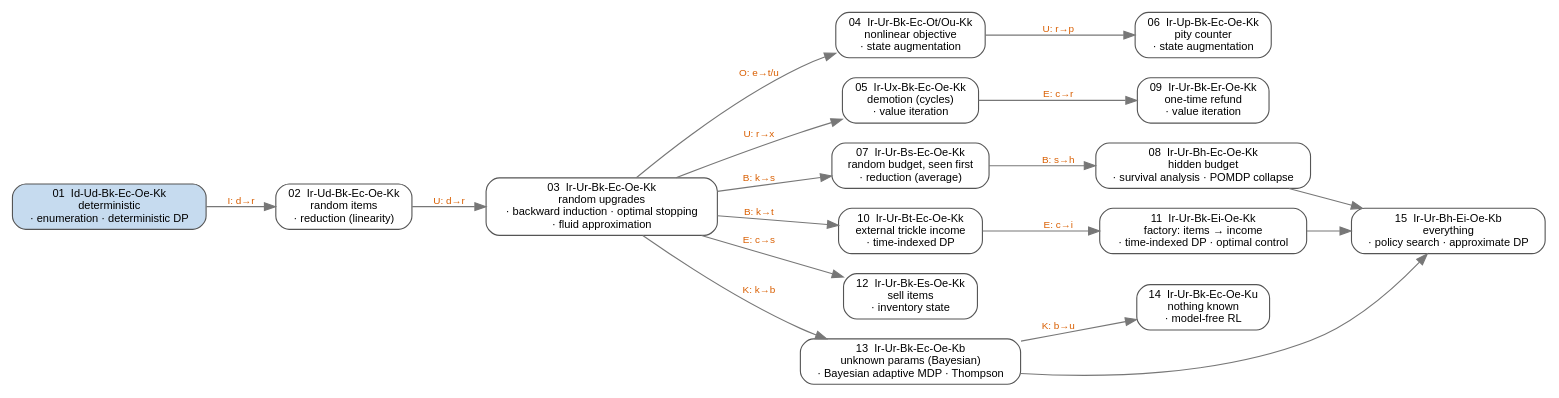
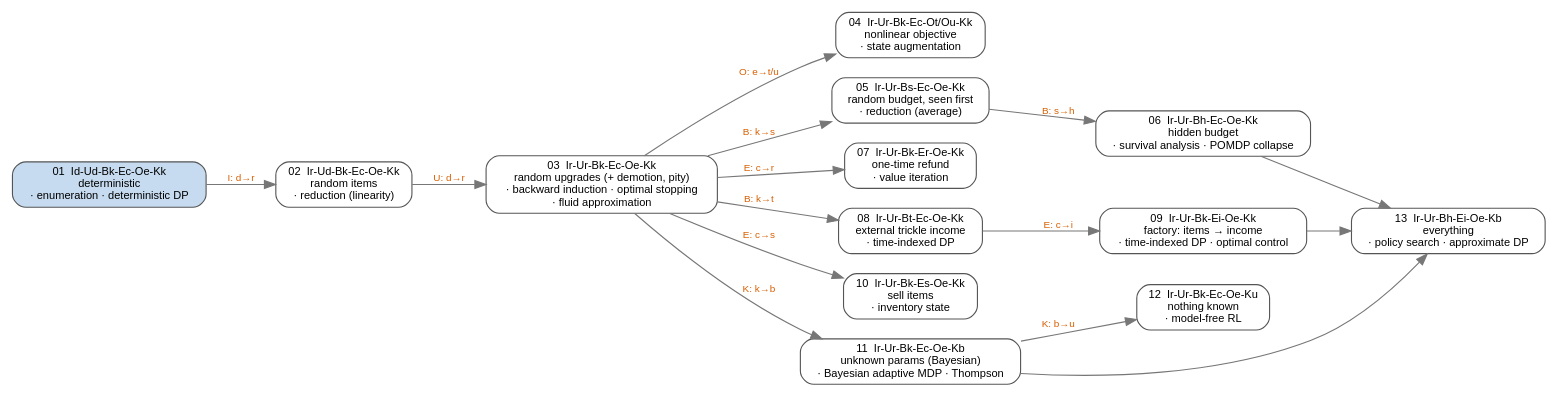
One commit to ssarkar2/notes changed the diagram in probability/sequential_decision_making_under_uncertainty/figures/ladder_map.dot. Above: the diagram before and after it, drawn with Graphviz. The commit also changed 13 other files, not shown here.

```diff
--- a/probability/sequential_decision_making_under_uncertainty/figures/ladder_map.dot
+++ b/probability/sequential_decision_making_under_uncertainty/figures/ladder_map.dot
@@ -1,40 +1,36 @@
 // Ladder of problems: each edge = one axis loosened. Filled = built, white = planned.
 // Build: ./build.sh
 digraph ladder {
   rankdir=LR;
   graph [fontname="Helvetica", fontsize=11, nodesep=0.25, ranksep=0.5, bgcolor="white"];
   node  [shape=box, style="rounded,filled", fontname="Helvetica", fontsize=10, fillcolor="white", color="#555555"];
   edge  [fontname="Helvetica", fontsize=9, color="#777777", fontcolor="#d95f02"];
 
   // fillcolor "#c6dbef" = built
   p01 [label="01  Id-Ud-Bk-Ec-Oe-Kk\ndeterministic\n· enumeration · deterministic DP", fillcolor="#c6dbef"];
   p02 [label="02  Ir-Ud-Bk-Ec-Oe-Kk\nrandom items\n· reduction (linearity)"];
-  p03 [label="03  Ir-Ur-Bk-Ec-Oe-Kk\nrandom upgrades\n· backward induction · optimal stopping\n· fluid approximation"];
+  p03 [label="03  Ir-Ur-Bk-Ec-Oe-Kk\nrandom upgrades (+ demotion, pity)\n· backward induction · optimal stopping\n· fluid approximation"];
   p04 [label="04  Ir-Ur-Bk-Ec-Ot/Ou-Kk\nnonlinear objective\n· state augmentation"];
-  p05 [label="05  Ir-Ux-Bk-Ec-Oe-Kk\ndemotion (cycles)\n· value iteration"];
-  p06 [label="06  Ir-Up-Bk-Ec-Oe-Kk\npity counter\n· state augmentation"];
-  p07 [label="07  Ir-Ur-Bs-Ec-Oe-Kk\nrandom budget, seen first\n· reduction (average)"];
-  p08 [label="08  Ir-Ur-Bh-Ec-Oe-Kk\nhidden budget\n· survival analysis · POMDP collapse"];
-  p09 [label="09  Ir-Ur-Bk-Er-Oe-Kk\none-time refund\n· value iteration"];
-  p10 [label="10  Ir-Ur-Bt-Ec-Oe-Kk\nexternal trickle income\n· time-indexed DP"];
-  p11 [label="11  Ir-Ur-Bk-Ei-Oe-Kk\nfactory: items → income\n· time-indexed DP · optimal control"];
-  p12 [label="12  Ir-Ur-Bk-Es-Oe-Kk\nsell items\n· inventory state"];
-  p13 [label="13  Ir-Ur-Bk-Ec-Oe-Kb\nunknown params (Bayesian)\n· Bayesian adaptive MDP · Thompson"];
-  p14 [label="14  Ir-Ur-Bk-Ec-Oe-Ku\nnothing known\n· model-free RL"];
-  p15 [label="15  Ir-Ur-Bh-Ei-Oe-Kb\neverything\n· policy search · approximate DP"];
+  p05 [label="05  Ir-Ur-Bs-Ec-Oe-Kk\nrandom budget, seen first\n· reduction (average)"];
+  p06 [label="06  Ir-Ur-Bh-Ec-Oe-Kk\nhidden budget\n· survival analysis · POMDP collapse"];
+  p07 [label="07  Ir-Ur-Bk-Er-Oe-Kk\none-time refund\n· value iteration"];
+  p08 [label="08  Ir-Ur-Bt-Ec-Oe-Kk\nexternal trickle income\n· time-indexed DP"];
+  p09 [label="09  Ir-Ur-Bk-Ei-Oe-Kk\nfactory: items → income\n· time-indexed DP · optimal control"];
+  p10 [label="10  Ir-Ur-Bk-Es-Oe-Kk\nsell items\n· inventory state"];
+  p11 [label="11  Ir-Ur-Bk-Ec-Oe-Kb\nunknown params (Bayesian)\n· Bayesian adaptive MDP · Thompson"];
+  p12 [label="12  Ir-Ur-Bk-Ec-Oe-Ku\nnothing known\n· model-free RL"];
+  p13 [label="13  Ir-Ur-Bh-Ei-Oe-Kb\neverything\n· policy search · approximate DP"];
 
   p01 -> p02 [label="I: d→r"];
   p02 -> p03 [label="U: d→r"];
   p03 -> p04 [label="O: e→t/u"];
-  p03 -> p05 [label="U: r→x"];
-  p04 -> p06 [label="U: r→p"];
-  p03 -> p07 [label="B: k→s"];
-  p07 -> p08 [label="B: s→h"];
-  p05 -> p09 [label="E: c→r"];
-  p03 -> p10 [label="B: k→t"];
-  p10 -> p11 [label="E: c→i"];
-  p03 -> p12 [label="E: c→s"];
-  p03 -> p13 [label="K: k→b"];
-  p13 -> p14 [label="K: b→u"];
-  p08 -> p15; p11 -> p15; p13 -> p15;
+  p03 -> p05 [label="B: k→s"];
+  p05 -> p06 [label="B: s→h"];
+  p03 -> p07 [label="E: c→r"];
+  p03 -> p08 [label="B: k→t"];
+  p08 -> p09 [label="E: c→i"];
+  p03 -> p10 [label="E: c→s"];
+  p03 -> p11 [label="K: k→b"];
+  p11 -> p12 [label="K: b→u"];
+  p06 -> p13; p09 -> p13; p11 -> p13;
 }
```
